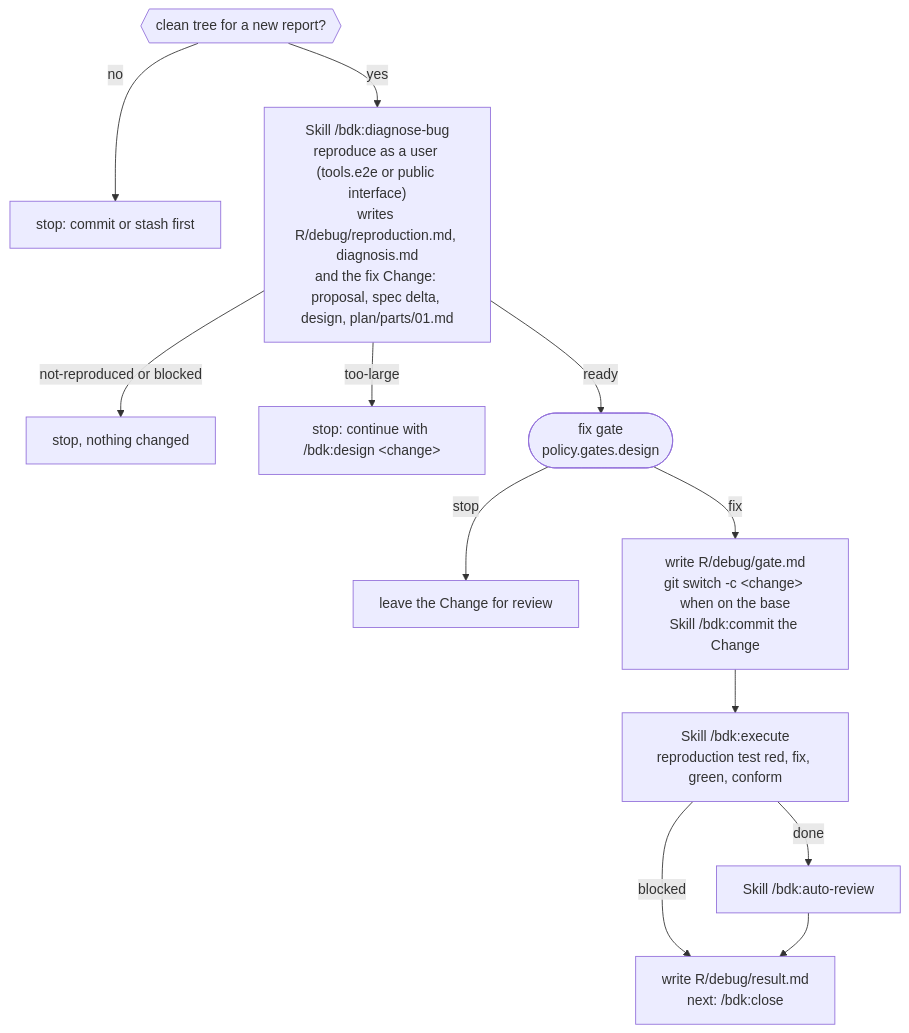
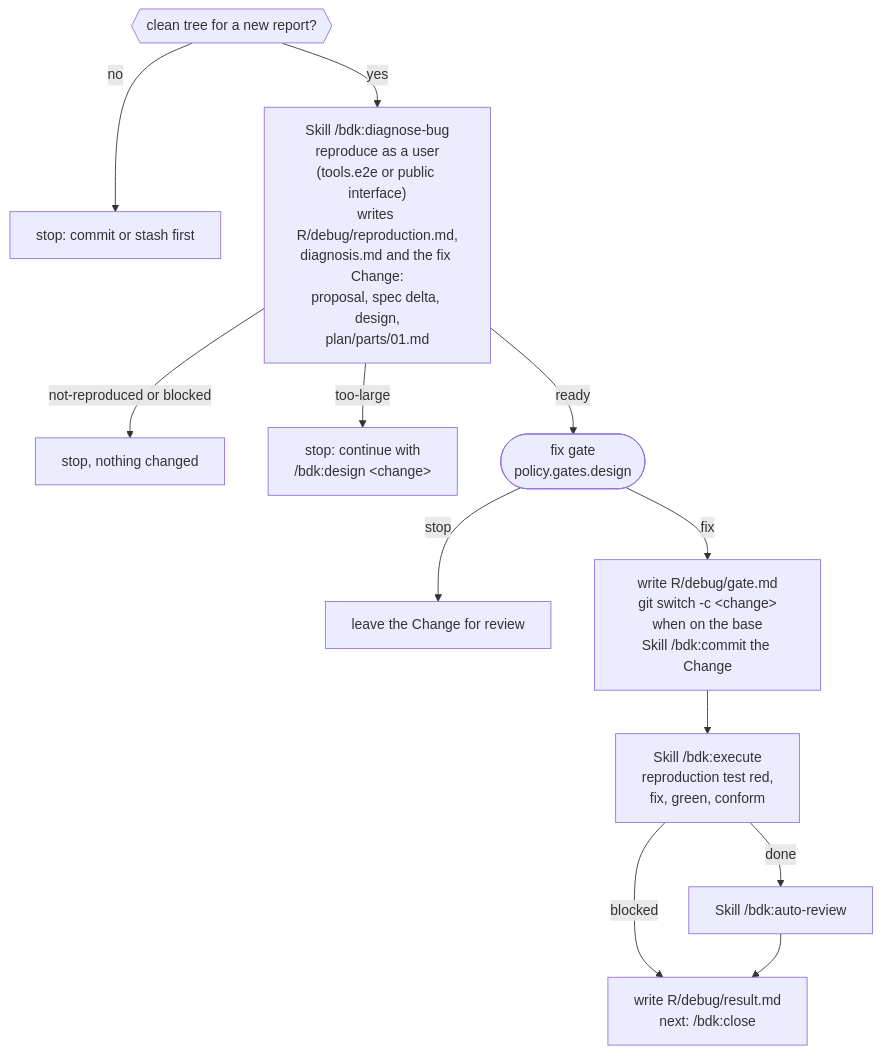
Diagram 15 of 15 in docs/concepts/orchestrators.md (broneq/bdk), drawn with Mermaid before and after one commit. The commit also changed other lines of this file and 11 other files, not shown here.

First line of the commit message:
fix(docs): break flowchart labels only at the author's line breaks

````diff
--- a/docs/concepts/orchestrators.md
+++ b/docs/concepts/orchestrators.md
@@ -360,15 +358,15 @@
 ```mermaid
 flowchart TB
   G0{{"clean tree for a new report?"}} -->|"no"| GS["stop: commit or stash first"]
   G0 -->|"yes"| G1
-  G1["Skill /bdk:diagnose-bug<br/>reproduce as a user (tools.e2e or public interface)<br/>writes R/debug/reproduction.md, diagnosis.md<br/>and the fix Change: proposal, spec delta, design, plan/parts/01.md"]
+  G1["Skill /bdk:diagnose-bug<br/>reproduce as a user<br/>(tools.e2e or public interface)<br/>writes R/debug/reproduction.md,<br/>diagnosis.md and the fix Change:<br/>proposal, spec delta, design,<br/>plan/parts/01.md"]
   G1 -->|"not-reproduced or blocked"| GX["stop, nothing changed"]
-  G1 -->|"too-large"| GL["stop: continue with /bdk:design &lt;change&gt;"]
+  G1 -->|"too-large"| GL["stop: continue with<br/>/bdk:design &lt;change&gt;"]
   G1 -->|"ready"| G2(["fix gate<br/>policy.gates.design"])
   G2 -->|"stop"| GT["leave the Change for review"]
-  G2 -->|"fix"| G3["write R/debug/gate.md<br/>git switch -c &lt;change&gt; when on the base<br/>Skill /bdk:commit the Change"]
-  G3 --> G4["Skill /bdk:execute<br/>reproduction test red, fix, green, conform"]
+  G2 -->|"fix"| G3["write R/debug/gate.md<br/>git switch -c &lt;change&gt;<br/>when on the base<br/>Skill /bdk:commit the Change"]
+  G3 --> G4["Skill /bdk:execute<br/>reproduction test red,<br/>fix, green, conform"]
   G4 -->|"blocked"| G6
   G4 -->|"done"| G5["Skill /bdk:auto-review"]
   G5 --> G6["write R/debug/result.md<br/>next: /bdk:close"]
 ```
````
